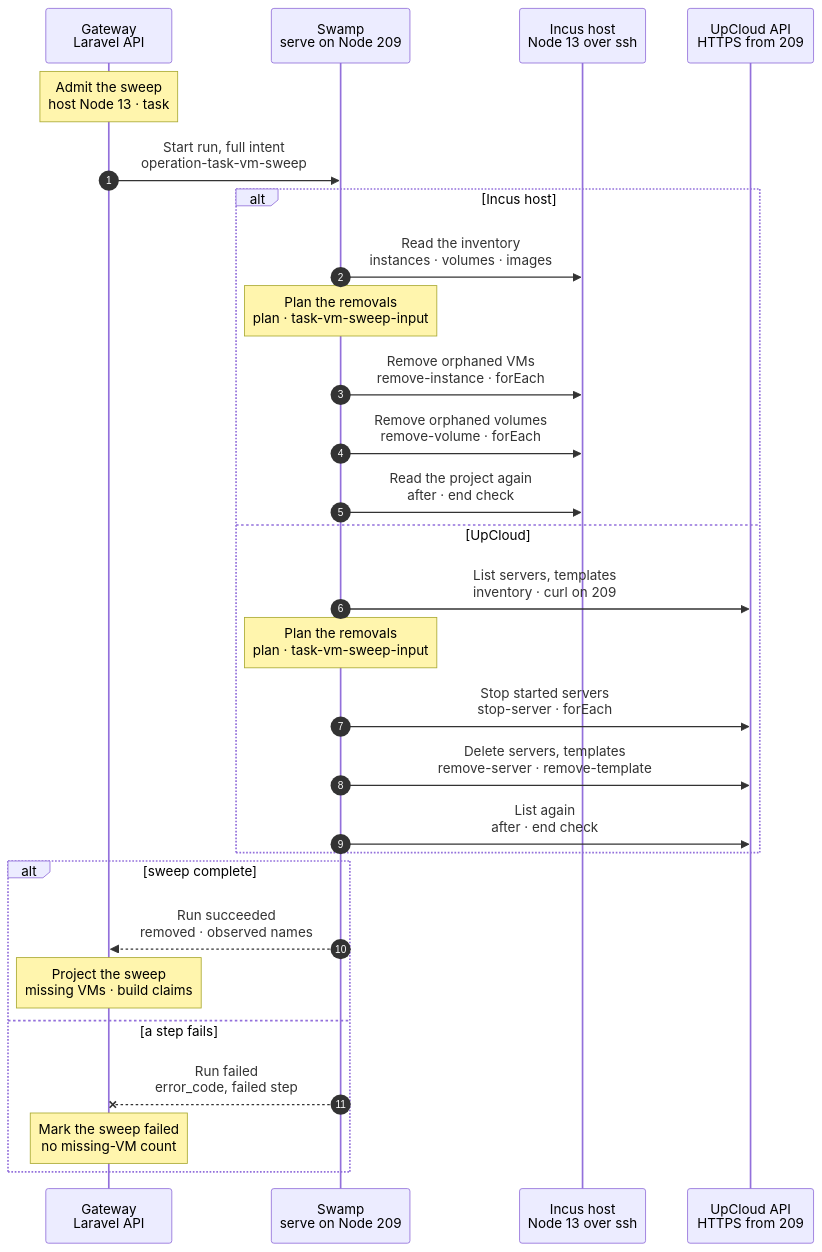
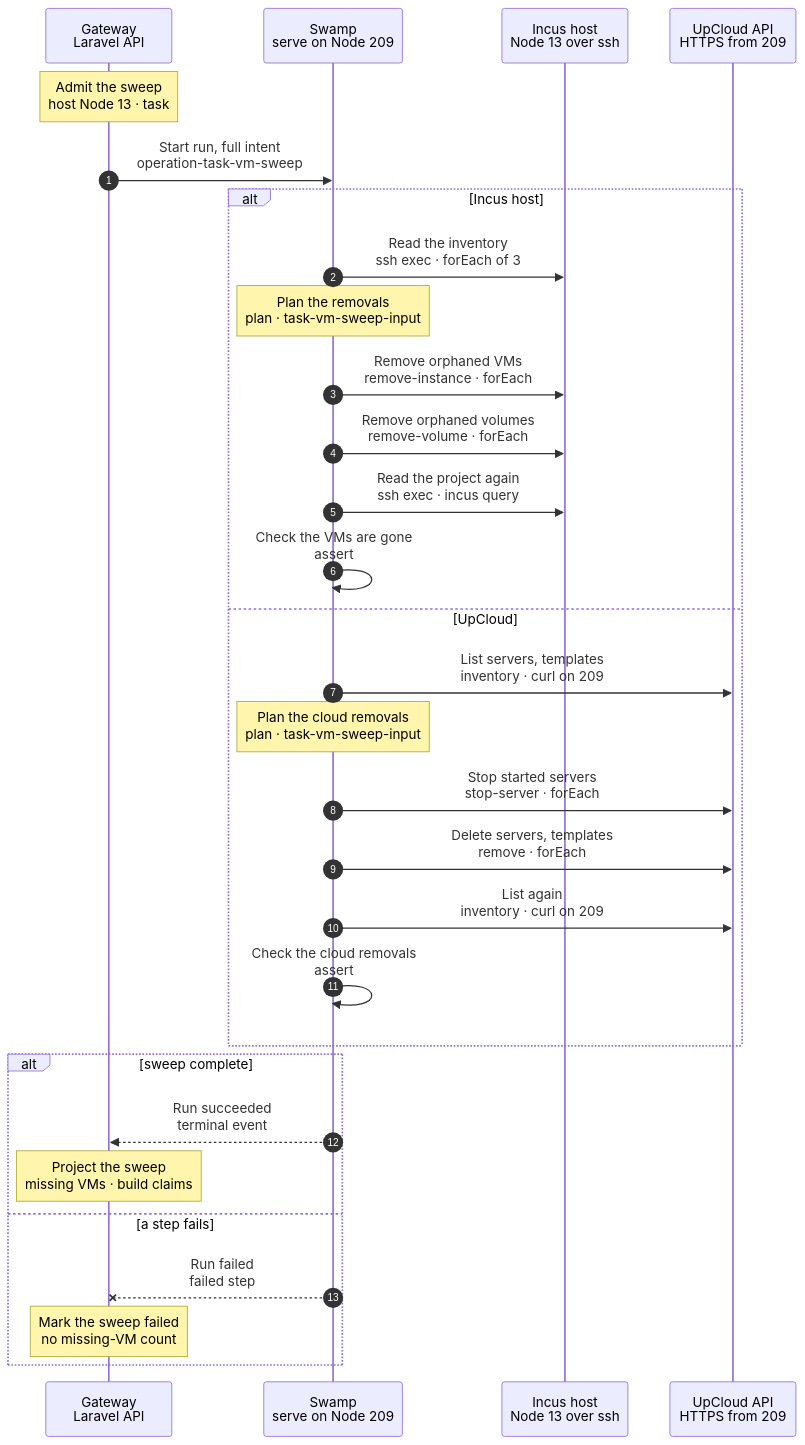
Before and after one commit to hardimpactdev/orbit: the diagram in docs/cli/tasks/vm-sweep.mmd, drawn with Mermaid.

Commit message:
docs(task-vms): sweep_host chart, tightened
The draft kept the two provider child workflows, a root format step and
a printed result, and hid a decode step inside the end check. The flow
is now one workflow: a guard on each provider's first step runs only the
admitted provider (rule 21; the children took an untyped intent, so they
were no typed boundary). The Incus inventory is one forEach of three
reads; UpCloud server and template deletes are one forEach (rule 18).
Each provider ends with its read-back and a native assert (rules 9, 14);
the Gateway reads the plan step and the step statuses, so no format or
result step remains. Removal behaviors keep a per-host index name: a
name per VM would leave one definition per VM ever swept (Lab #4280).

Common Incus path: 9 numbered steps before (with five hidden workflow
steps), 10 after, each one a workflow step.

```diff
--- a/docs/cli/tasks/vm-sweep.mmd
+++ b/docs/cli/tasks/vm-sweep.mmd
@@ -1,85 +1,91 @@
 sequenceDiagram
-  %% Target design: swamp/workflows/workflow-operation-task-vm-sweep.yaml with its children workflow-task-vm-sweep-incus.yaml and workflow-task-vm-sweep-cloud.yaml, docs/reference/compute-drivers.md#sweep-task-vm-hosts, #report-strays and #sweep-upcloud, docs/cli/README.md design rules R2-R4.
-  %% Tightened: flow-tighten 2026-11-02, rules 14 (no `result` printf steps and no root `format`; each child ends with its read-back and a native `assert`), 9 (one end check per provider), 11 (removal behaviors named by the removed resource, not by `_index`), 18 (inventory reads and removals as parallel forEach), 21 (only the admitted provider's branch runs).
+  %% Target design: swamp/workflows/workflow-operation-task-vm-sweep.yaml, docs/reference/compute-drivers.md#sweep-task-vm-hosts, #report-strays and #sweep-upcloud, docs/cli/README.md design rules R2-R4.
+  %% Tightened: flow-tighten 2026-11-02 (second pass), rules 14 (no `format` or `result` steps and no root `format`; the Gateway reads each plan step and the run's step statuses), 9 (one read-back and one native `assert` per provider), 18 (one workflow; the inventory reads are one forEach, removals parallel forEach, server and template deletes one forEach), 21 (a `guard` runs only the admitted provider's steps; the provider children are folded in, they were no typed boundary), 11 (removal behaviors keep a per-host index name: a name per VM would leave one definition per VM ever swept, Lab #4280).
   %% status: draft
   %% command: none · scheduled host sweep every 30 minutes
   %% kind: task_vm.sweep_host
   autonumber
   %% lane GW icon=gateway pill=intent tone=blue
   %% lane SW icon=workflow pill=executes tone=green
   %% lane H icon=server pill=target tone=amber
   %% lane UC icon=server pill=target tone=purple
   participant GW as Gateway<br/>Laravel API
   participant SW as Swamp<br/>serve on Node 209
   participant H as Incus host<br/>Node 13 over ssh
   participant UC as UpCloud API<br/>HTTPS from 209
   Note over GW: Admit the sweep<br/>host Node 13 · task #5182
   %%> Started by:
   %%> - `SweepTaskVmHosts`, queued every 30 minutes while task VMs are on or the UpCloud token is set
   %%> Requirements:
   %%> - no open sweep of Node 13; the generic Operation lock holds the host until the terminal result
   %%> What it does:
   %%> - captures the ownership scope: live VM names, maximum VM and build ids, project, pool, operator-owned names, recorded, retired and protected builds
   %%> - retires expired builds before dispatch; logs stray records and stray Nodes from its own state
   GW->>SW: Start run, full intent<br/>operation-task-vm-sweep
   %%> Inputs:
   %%> - `operation_id`, `node_id` 13, `kind`, the full public `intent` with provider and scope
+  %%> - for Incus, Node 13's address, user and pinned SSH host key
   %%> - for UpCloud, the vault key name `task-vm-upcloud-token` only (R3)
-  %%> Runs as:
-  %%> - `concurrency: 1` on 209, so background sweeps never crowd out user work; a waiting sweep queues up to 600 seconds
   %%> How:
-  %%> - a `guard` skips the other provider's child; each child is a typed boundary for its SSH or vault inputs
+  %%> - one workflow; a `guard` on each provider's first step skips the other provider, and its later steps skip with it
   alt Incus host
-    SW->>H: Read the inventory<br/>instances · volumes · images
+    SW->>H: Read the inventory<br/>ssh exec · forEach of 3
     %%> How:
-    %%> - three parallel `@swamp/ssh exec` argv: `sudo timeout 60 incus query` for instances of all projects, custom volumes of the pool, and images of the project
+    %%> - three parallel pinned `@swamp/ssh exec` argv: `sudo timeout 60 incus query` for instances of all projects, custom volumes of the pool, and images of the project
     %%> Refuses:
     %%> - a missing project fails the image read, so the host changes nothing
     Note over SW: Plan the removals<br/>plan · task-vm-sweep-input
     %%> What it does:
     %%> - TypeScript on 209 selects orphaned `tvm-<n>` VMs, eligible image builders and smoke VMs, and orphaned seed clones, within the captured id limits
-    %%> - logs one warning per stray instance and stray volume; strays are never removed
+    %%> - logs one warning per stray instance, stray volume and stray record; strays are never removed
+    %%> Returns:
+    %%> - the planned names, the deleted names and the names that stay, which the Gateway reads
     SW->>H: Remove orphaned VMs<br/>remove-instance · forEach
     %%> How:
     %%> - `sudo timeout 180 incus delete --force --project orbit-tasks -- <name>`, one item per VM, in parallel
-    %%> Runs as:
-    %%> - behavior `task-vm-sweep-remove-13-<name>`, named by the VM it removes (rule 11)
     SW->>H: Remove orphaned volumes<br/>remove-volume · forEach
     %%> How:
     %%> - `incus storage volume delete` for each `tvm-<n>-topology-seed` clone whose VM is gone, after the VMs
-    SW->>H: Read the project again<br/>after · end check
+    SW->>H: Read the project again<br/>ssh exec · incus query
+    %%> How:
+    %%> - `incus query /1.0/instances?project=orbit-tasks`
+    SW->>SW: Check the VMs are gone<br/>assert
     %%> End check:
-    %%> - `incus query /1.0/instances?project=orbit-tasks`; `format` decodes it and a native `assert` confirms no planned name remains
-    %%> Returns:
-    %%> - the removed names and the instances seen, from which the Gateway counts missing VMs
+    %%> - a native `assert`: no planned VM name is in the read-back
   else UpCloud
     SW->>UC: List servers, templates<br/>inventory · curl on 209
     %%> How:
     %%> - one inline `curl` per list, the token through `--variable`, never argv: servers labelled `orbit-task-vm` and `orbit-task-image`, and storage templates
-    Note over SW: Plan the removals<br/>plan · task-vm-sweep-input
+    Note over SW: Plan the cloud removals<br/>plan · task-vm-sweep-input
     %%> What it does:
     %%> - selects servers without a live row, build servers and unverified templates older than two hours, except a build still marked running
     SW->>UC: Stop started servers<br/>stop-server · forEach
     %%> How:
     %%> - a hard stop per started server, in parallel
-    SW->>UC: Delete servers, templates<br/>remove-server · remove-template
+    SW->>UC: Delete servers, templates<br/>remove · forEach
     %%> How:
-    %%> - two parallel `forEach` steps: each server with its storage, each unverified template
+    %%> - one parallel `forEach`: each server with its storage, each unverified template
     %%> Retry:
     %%> - UpCloud refuses a server that is still stopping; the next sweep deletes it
-    SW->>UC: List again<br/>after · end check
+    SW->>UC: List again<br/>inventory · curl on 209
+    %%> How:
+    %%> - the same three lists
+    SW->>SW: Check the cloud removals<br/>assert
     %%> End check:
-    %%> - the same lists; `format` decodes them and a native `assert` confirms no planned UUID remains
+    %%> - a native `assert`: no planned server or template UUID is still listed
   end
   alt sweep complete
-    SW-->>GW: Run succeeded<br/>removed · observed names
+    SW-->>GW: Run succeeded<br/>terminal event
+    %%> How the Gateway learns it:
+    %%> - its shared run reader sees the terminal event and reads the run once; it takes the plan step's names
     Note over GW: Project the sweep<br/>missing VMs · build claims
     %%> Result:
     %%> - a `ready` or `parked` VM missing on two sweeps in a row becomes `failed` with `task_vm.vm_missing`, and its group asks for assistance
     %%> - a failed build's cleanup claim is released when none of its names remain
   else a step fails
-    SW--xGW: Run failed<br/>error_code, failed step
+    SW--xGW: Run failed<br/>failed step
     Note over GW: Mark the sweep failed<br/>no missing-VM count
     %%> Result:
+    %%> - task #5182 fails with `task_vm.host_command_failed`
     %%> - a provider or SSH failure never counts as a missing VM; build claims stay; the next sweep runs again in 30 minutes
   end
```
